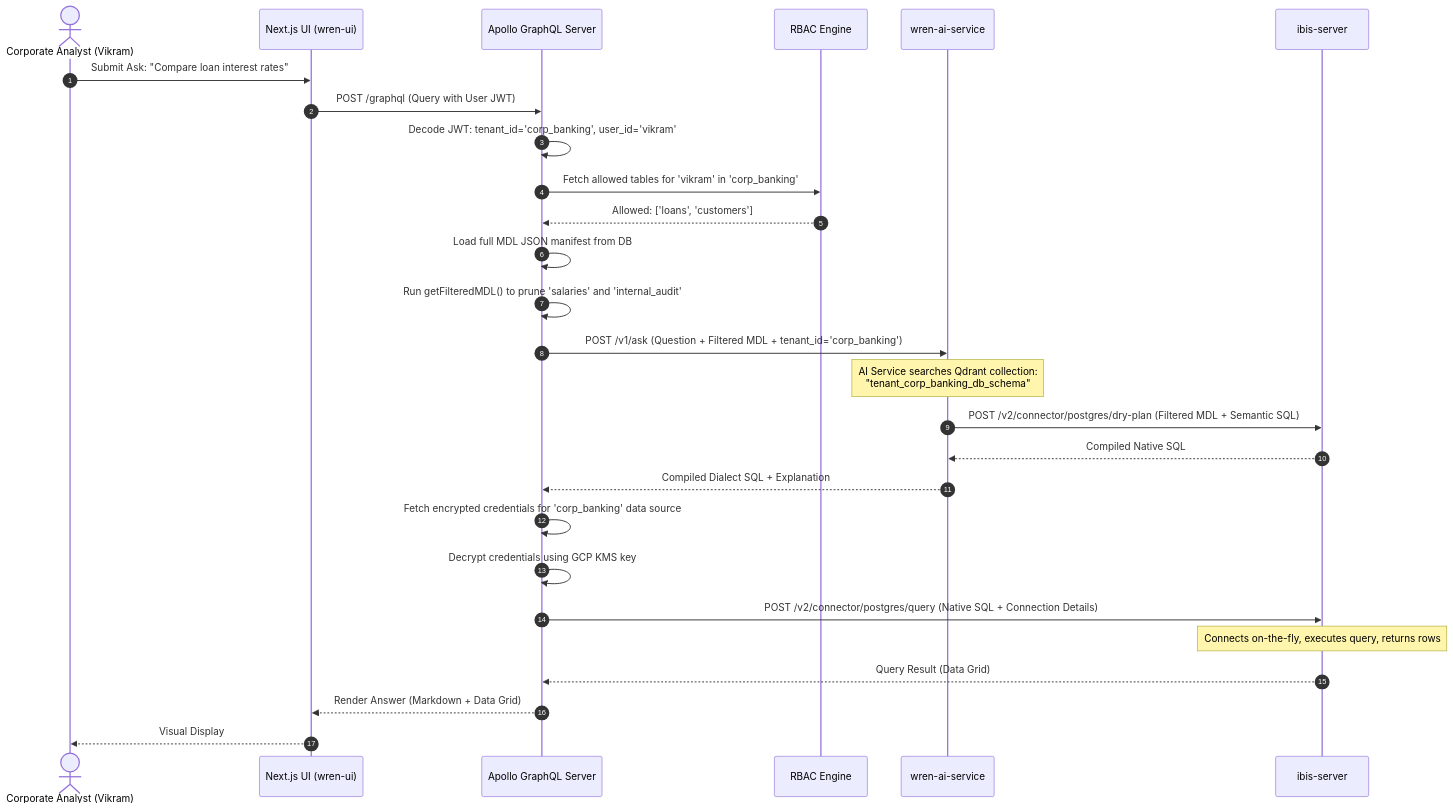
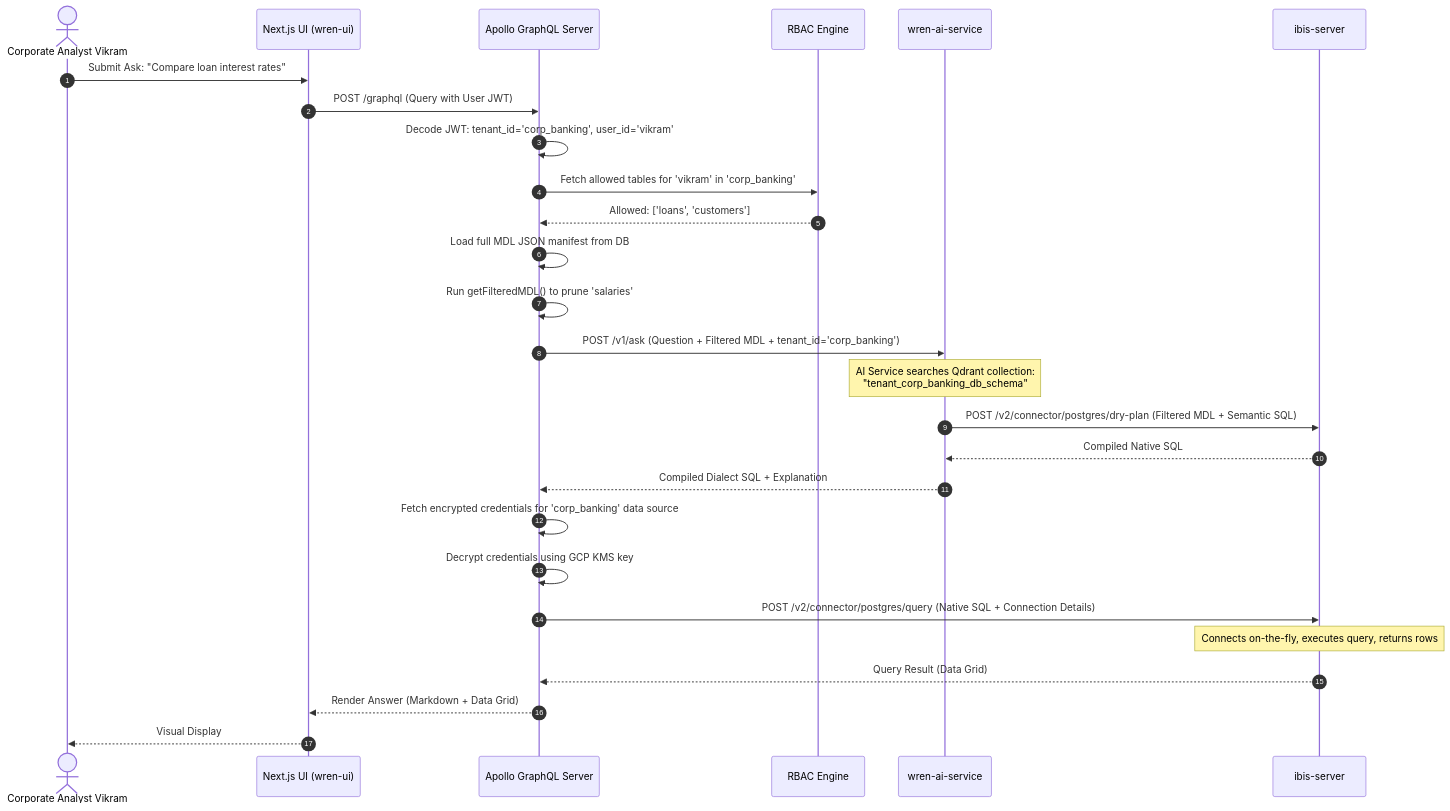
The second of 2 diagrams in POC_DOCUMENTS/legacy/low_level_design.md (arpit199924/Wren_setup), drawn with Mermaid before and after one commit. The commit also changed other lines of this file and 2 other files, not shown here.

Commit message:
Update legacy documents to include both text-based ASCII flowcharts and corrected Mermaid syntax

````diff
--- a/POC_DOCUMENTS/legacy/low_level_design.md
+++ b/POC_DOCUMENTS/legacy/low_level_design.md
@@ -238,38 +289,38 @@
 ```mermaid
 sequenceDiagram
     autonumber
-    actor User as Corporate Analyst (Vikram)
+    actor User as Corporate Analyst Vikram
     participant UI as Next.js UI (wren-ui)
     participant Apollo as Apollo GraphQL Server
     participant RBAC as RBAC Engine
     participant AI as wren-ai-service
     participant Ibis as ibis-server
 
     User->>UI: Submit Ask: "Compare loan interest rates"
     UI->>Apollo: POST /graphql (Query with User JWT)
     Apollo->>Apollo: Decode JWT: tenant_id='corp_banking', user_id='vikram'
     
     Apollo->>RBAC: Fetch allowed tables for 'vikram' in 'corp_banking'
     RBAC-->>Apollo: Allowed: ['loans', 'customers']
     
     Apollo->>Apollo: Load full MDL JSON manifest from DB
-    Apollo->>Apollo: Run getFilteredMDL() to prune 'salaries' and 'internal_audit'
+    Apollo->>Apollo: Run getFilteredMDL() to prune 'salaries'
     
     Apollo->>AI: POST /v1/ask (Question + Filtered MDL + tenant_id='corp_banking')
     Note over AI: AI Service searches Qdrant collection:<br/>"tenant_corp_banking_db_schema"
     
     AI->>Ibis: POST /v2/connector/postgres/dry-plan (Filtered MDL + Semantic SQL)
     Ibis-->>AI: Compiled Native SQL
     
     AI-->>Apollo: Compiled Dialect SQL + Explanation
     
     Apollo->>Apollo: Fetch encrypted credentials for 'corp_banking' data source
     Apollo->>Apollo: Decrypt credentials using GCP KMS key
     
     Apollo->>Ibis: POST /v2/connector/postgres/query (Native SQL + Connection Details)
     Note over Ibis: Connects on-the-fly, executes query, returns rows
     Ibis-->>Apollo: Query Result (Data Grid)
     
     Apollo-->>UI: Render Answer (Markdown + Data Grid)
     UI-->>User: Visual Display
 ```
````
